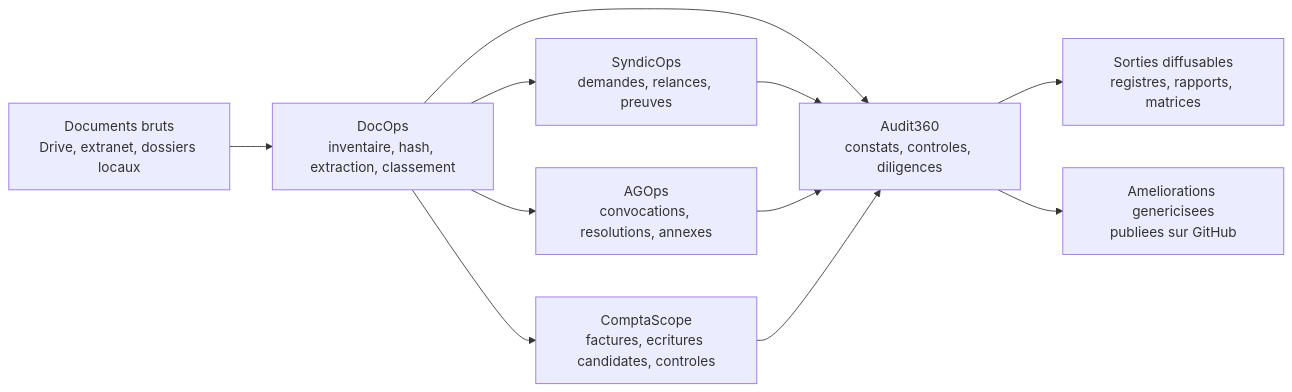
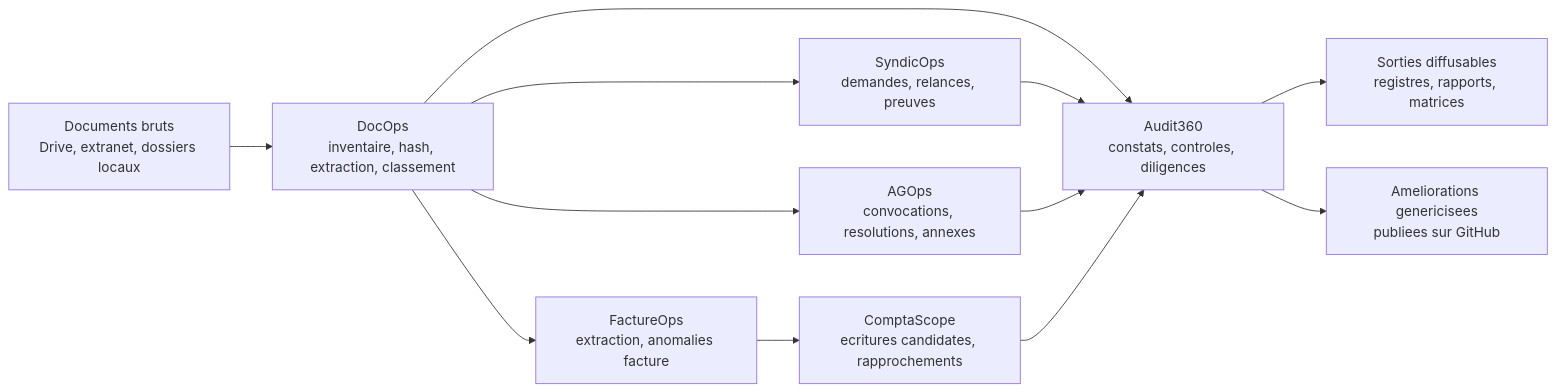
Before and after one commit to bthollet/CoproScope: the diagram in README.md, drawn with Mermaid. The commit also changed other lines of this file and 24 other files, not shown here.

````diff
--- a/README.md
+++ b/README.md
@@ -15,13 +15,14 @@
 ```mermaid
 flowchart LR
     A["Documents bruts<br/>Drive, extranet, dossiers locaux"] --> B["DocOps<br/>inventaire, hash, extraction, classement"]
     B --> C["SyndicOps<br/>demandes, relances, preuves"]
     B --> D["AGOps<br/>convocations, resolutions, annexes"]
-    B --> E["ComptaScope<br/>factures, ecritures candidates, controles"]
+    B --> I["FactureOps<br/>extraction, anomalies facture"]
+    I --> E["ComptaScope<br/>ecritures candidates, rapprochements"]
     B --> H["Audit360<br/>constats, controles, diligences"]
     C --> H
     D --> H
     E --> H
     H --> F["Sorties diffusables<br/>registres, rapports, matrices"]
     H --> G["Ameliorations genericisees<br/>publiees sur GitHub"]
 ```
````
